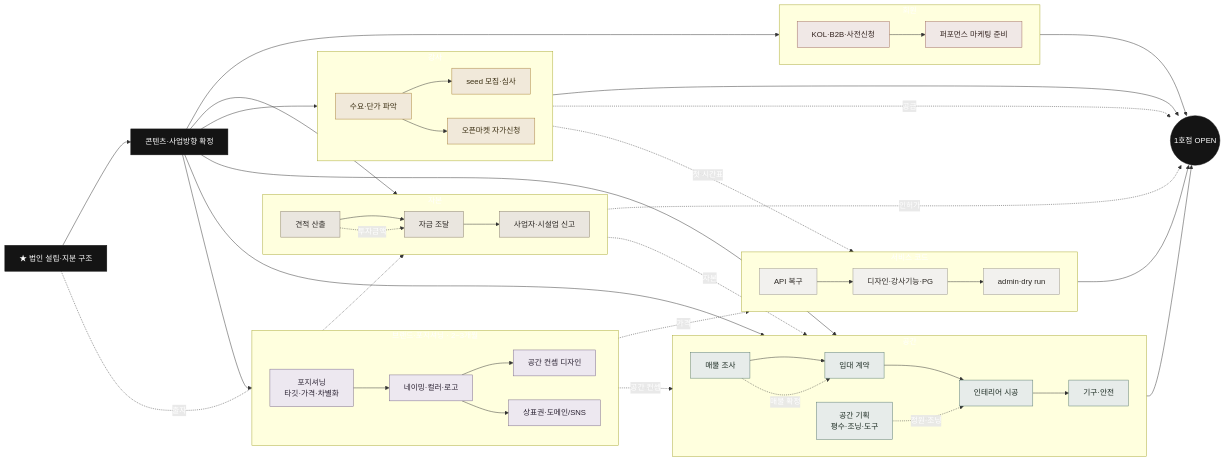
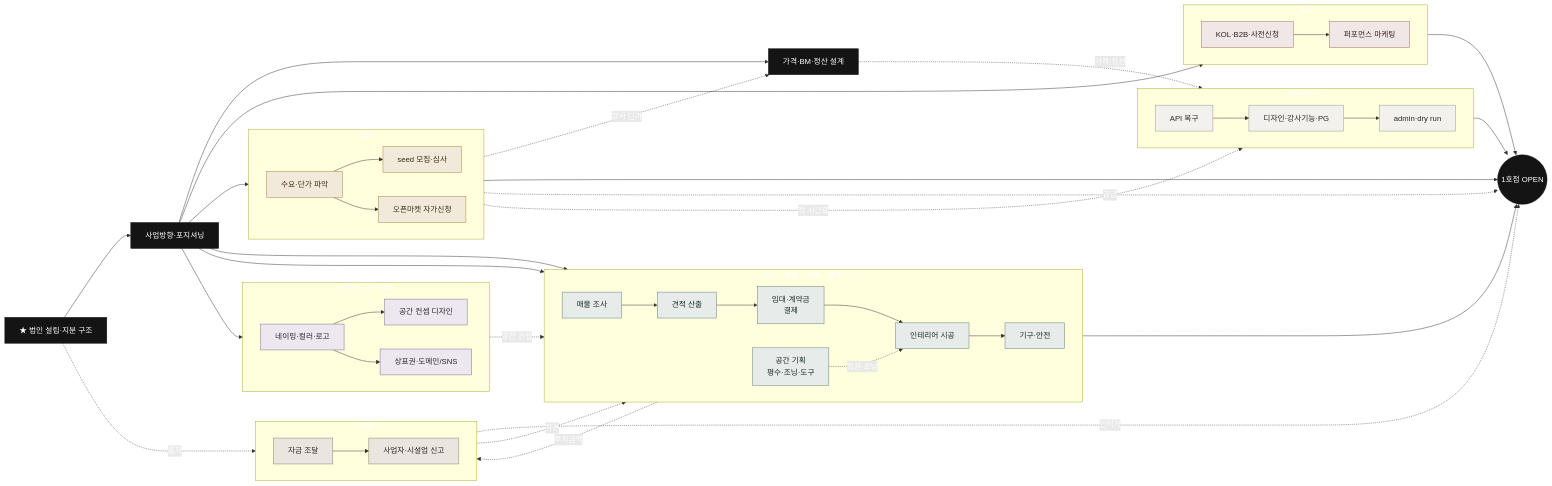
One commit to Young-000/pt-platform-docs changed the second of 2 diagrams in operations/tech-tree.md. Above: the diagram before and after it, drawn with Mermaid. The commit also changed other lines of this file, not shown here.

Commit message:
docs(tech-tree): 실행순서 5웨이브 + 포지셔닝→방향·가격BM 추가 + 시공=매물·견적·결제·시공 체인 + gantt 월축 정리 + 강사 검증/확보 구분

````diff
--- a/operations/tech-tree.md
+++ b/operations/tech-tree.md
@@ -71,69 +71,69 @@
 ```mermaid
 flowchart LR
   classDef root fill:#141414,stroke:#141414,color:#fff;
   classDef br fill:#EDE8F0,stroke:#7c6c8a,color:#2b2333;
   classDef sp fill:#E7ECEA,stroke:#5d7d72,color:#1c2b22;
   classDef mt fill:#F1E9DA,stroke:#a9823c,color:#3a2e12;
   classDef us fill:#F0E8E6,stroke:#a06c62,color:#33231f;
   classDef sv fill:#F2F1EE,stroke:#9a958c,color:#2b2723;
   classDef cap fill:#EAE6DF,stroke:#8a7f6c,color:#2b2723;
   classDef goal fill:#141414,stroke:#141414,color:#fff;
 
   C0[★ 법인 설립·지분 구조]:::root
-  D0[콘텐츠·사업방향 확정]:::root
+  D0[사업방향·포지셔닝]:::root
+  D1[가격·BM·정산 설계]:::root
 
-  subgraph BR[브랜드·포지셔닝 · 2~3개월]
+  subgraph BR[브랜드 · 2~3개월]
     direction LR
-    B0[포지셔닝<br/>타깃·가격·차별화]:::br --> B1[네이밍·컬러·로고]:::br --> B2[공간 컨셉 디자인]:::br
+    B1[네이밍·컬러·로고]:::br --> B2[공간 컨셉 디자인]:::br
     B1 --> B3[상표권·도메인/SNS]:::br
   end
-  subgraph SPC[공간]
+  subgraph SPC[공간 · 매물→견적→결제→시공]
     direction LR
     G1[공간 기획<br/>평수·조닝·도구]:::sp
-    R1[매물 조사]:::sp --> S1[임대 계약]:::sp --> S2[인테리어 시공]:::sp --> S3[기구·안전]:::sp
+    R1[매물 조사]:::sp --> R2[견적 산출]:::sp --> S1[임대·계약금<br/>결제]:::sp --> S2[인테리어 시공]:::sp --> S3[기구·안전]:::sp
   end
   subgraph MTR[강사]
     direction LR
     M1[수요·단가 파악]:::mt --> M2[seed 모집·심사]:::mt
     M1 --> M4[오픈마켓 자가신청]:::mt
   end
   subgraph CAP[자본]
     direction LR
-    R2[견적 산출]:::cap --> A1[자금 조달]:::cap --> A2[사업자·시설업 신고]:::cap
+    A1[자금 조달]:::cap --> A2[사업자·시설업 신고]:::cap
   end
   subgraph USR[회원]
     direction LR
-    U1[KOL·B2B·사전신청]:::us --> U2[퍼포먼스 마케팅 준비]:::us
+    U1[KOL·B2B·사전신청]:::us --> U2[퍼포먼스 마케팅]:::us
   end
   subgraph SVC[서비스 코드]
     direction LR
     P1[API 복구]:::sv --> P2[디자인·강사기능·PG]:::sv --> P3[admin·dry run]:::sv
   end
 
   OPEN((1호점 OPEN)):::goal
 
-  %% 법인·지분이 ★최우선 루트, 방향 확정이 사전준비의 뿌리
-  C0 --> D0
+  %% ★법인 최우선 → 방향 → 가격·BM
+  C0 --> D0 --> D1
   C0 -.->|출자| A1
   D0 --> M1
   D0 --> G1
-  D0 --> B0
+  D0 --> B1
   D0 --> R1
-  D0 --> R2
   D0 --> U1
+  M1 -.->|강사 단가| D1
   %% 교차
+  D1 -.->|가격·정산| P2
   B2 -.->|공간 컨셉| S2
-  B0 -.->|가격| P2
   G1 -.->|정원·조닝| S2
   R2 -.->|투자금액| A1
   A1 -.->|자본| S1
-  R1 -.->|매물 확정| S1
   M2 -.->|첫 시간표| P3
   %% 수렴
   S3 --> OPEN
   M2 --> OPEN
   M4 -.->|공급| OPEN
   U2 --> OPEN
   P3 --> OPEN
   A2 -.->|인허가| OPEN
 ```
````
